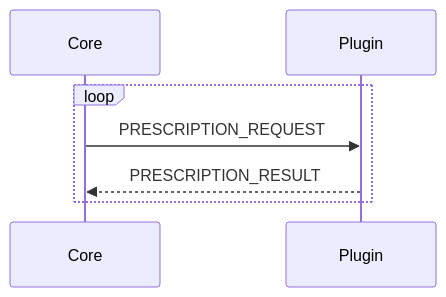
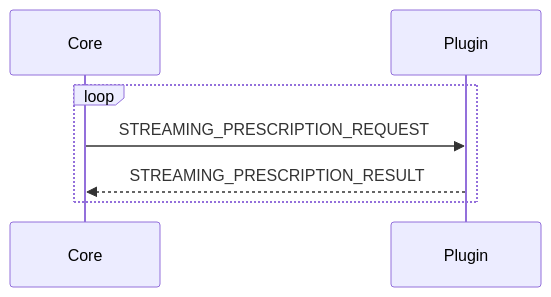
Before and after one commit to prcore/docs: the second of 3 diagrams in content/development/plugin-system/communication/prescribing-workflow/prescribe-stream.md, drawn with Mermaid. The commit also changed other lines of this file and 70 other files, not shown here.

```diff
--- a/content/development/plugin-system/communication/prescribing-workflow/prescribe-stream.md
+++ b/content/development/plugin-system/communication/prescribing-workflow/prescribe-stream.md
@@ -53,7 +53,7 @@
 {{< mermaid class="text-center" >}}
 sequenceDiagram
     loop
-        Core->>Plugin: PRESCRIPTION_REQUEST
-        Plugin-->>Core: PRESCRIPTION_RESULT
+        Core->>Plugin: STREAMING_PRESCRIPTION_REQUEST
+        Plugin-->>Core: STREAMING_PRESCRIPTION_RESULT
     end
 {{< /mermaid >}}
```
